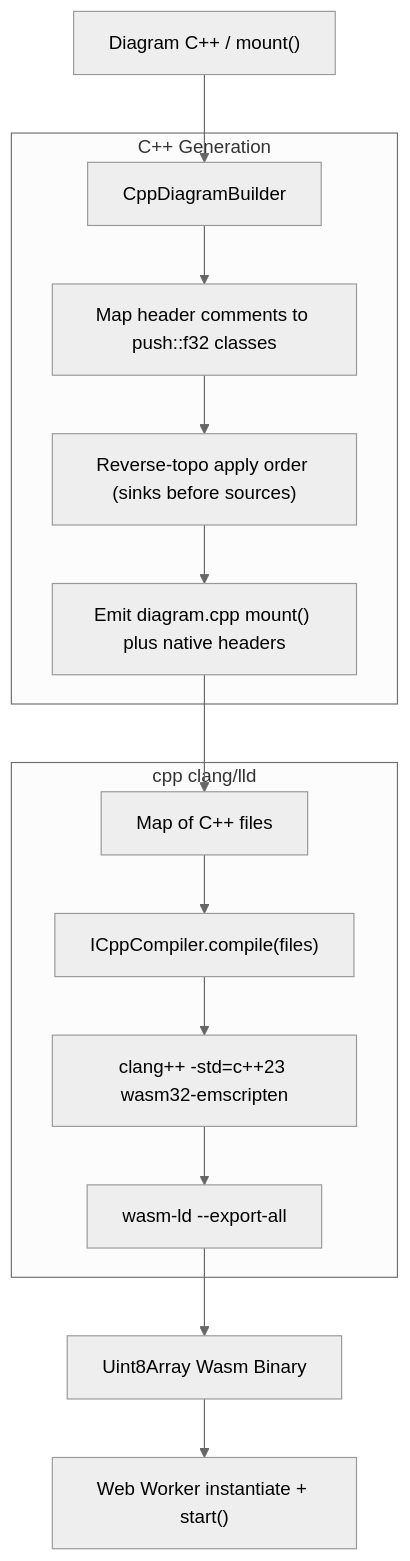
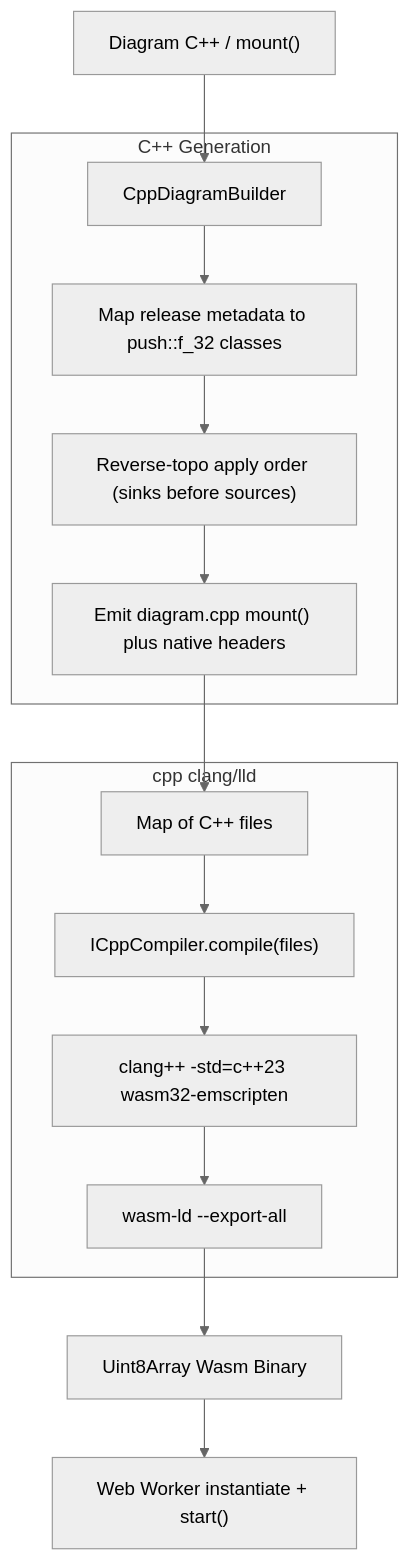
Before and after one commit to dzmauchy/bld: the second of 4 diagrams in README.md, drawn with Mermaid (neutral theme). The commit also changed other lines of this file and 20 other files, not shown here.

````diff
--- a/README.md
+++ b/README.md
@@ -162,21 +162,21 @@
 ```mermaid
 flowchart TD
     A["Diagram C++ / mount()"] --> B["CppDiagramBuilder"]
     
     subgraph Emit["C++ Generation"]
-        B --> B1["Map header comments to push::f32 classes"]
+        B --> B1["Map release metadata to push::f_32 classes"]
         B1 --> B2["Reverse-topo apply order (sinks before sources)"]
         B2 --> B3["Emit diagram.cpp mount() plus native headers"]
     end
     
     B3 --> C["Map of C++ files"]
     
     subgraph ClangLld["cpp clang/lld"]
         C --> D["ICppCompiler.compile(files)"]
         D --> E["clang++ -std=c++23 wasm32-emscripten"]
         E --> F["wasm-ld --export-all"]
     end
     
     F --> G["Uint8Array Wasm Binary"]
     G --> H["Web Worker instantiate + start()"]
 ```
````
